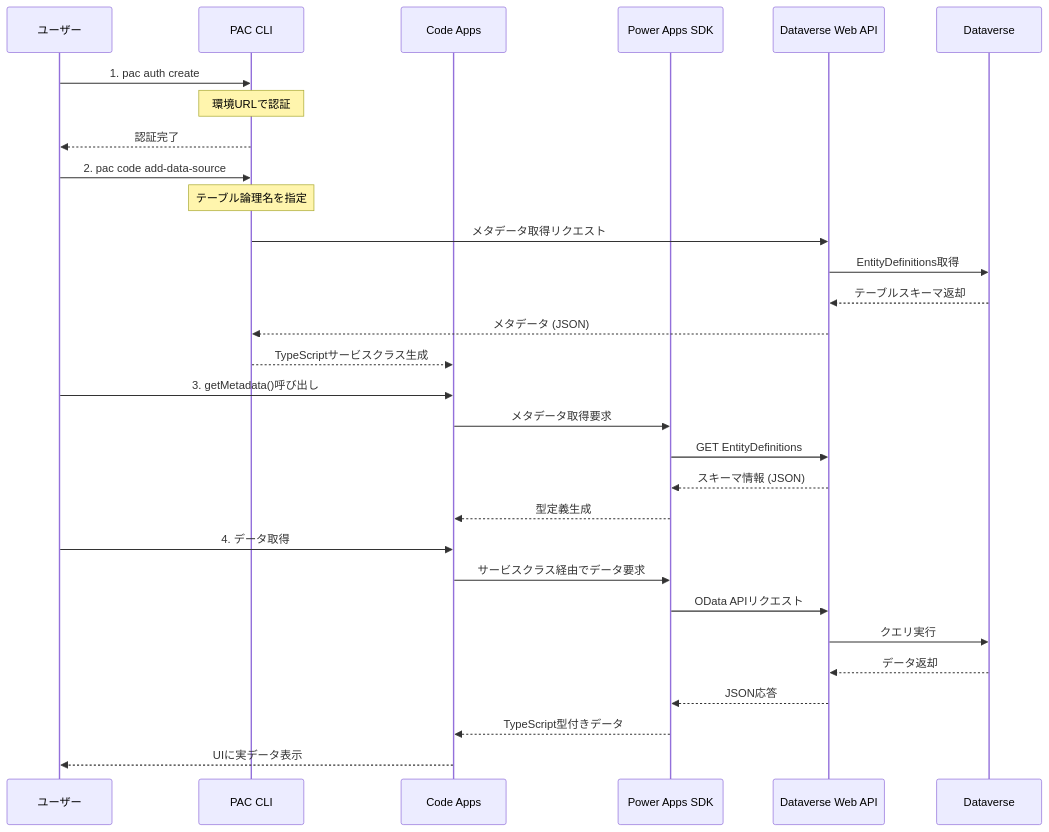
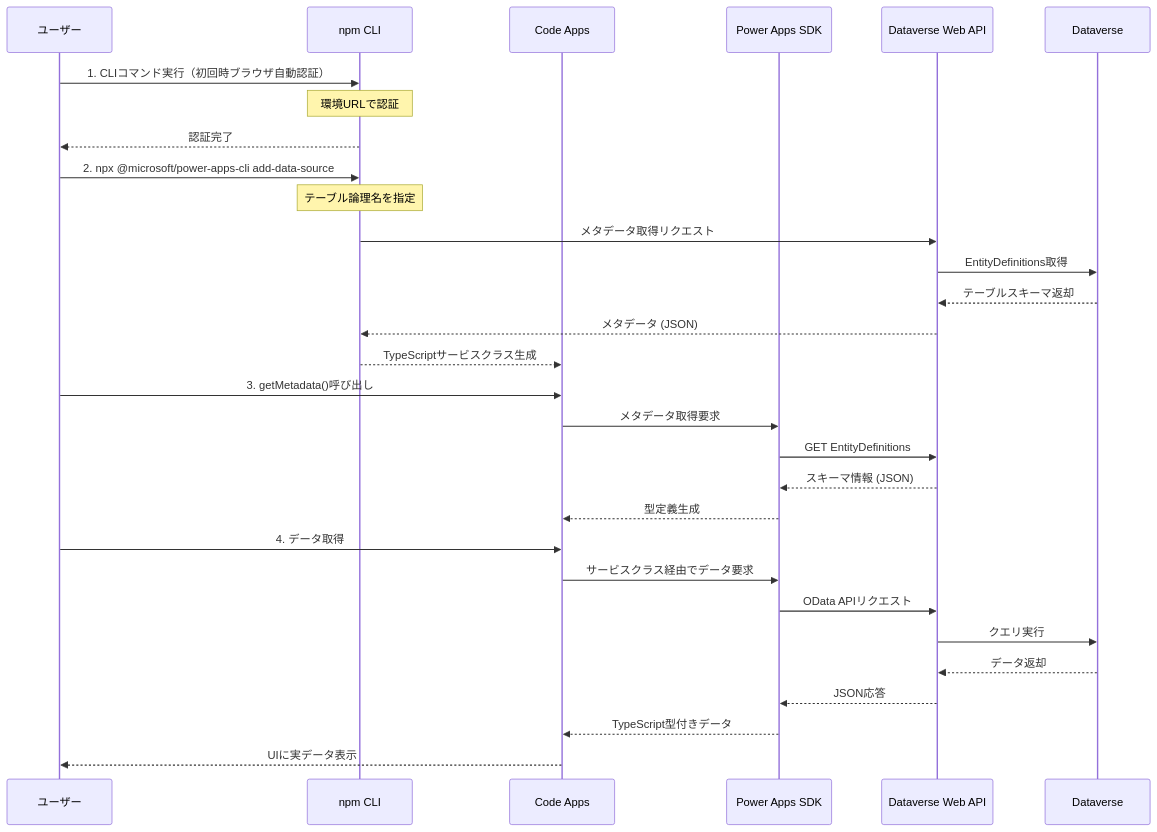
The second of 6 diagrams in PHASE3_DATA_INTEGRATION.md (PLUG365/DecisionFlow), drawn with Mermaid before and after one commit. The commit also changed other lines of this file and 12 other files, not shown here.

First line of the commit message:
docs: replace pac CLI with @microsoft/power-apps-cli npm package

````diff
--- a/PHASE3_DATA_INTEGRATION.md
+++ b/PHASE3_DATA_INTEGRATION.md
@@ -128,36 +128,36 @@
 ```mermaid
 sequenceDiagram
     participant User as ユーザー
-    participant CLI as PAC CLI
+    participant CLI as npm CLI
     participant App as Code Apps
     participant SDK as Power Apps SDK
     participant API as Dataverse Web API
     participant DV as Dataverse
     
-    User->>CLI: 1. pac auth create
+    User->>CLI: 1. CLIコマンド実行（初回時ブラウザ自動認証）
     Note over CLI: 環境URLで認証
     CLI-->>User: 認証完了
     
-    User->>CLI: 2. pac code add-data-source
+    User->>CLI: 2. npx @microsoft/power-apps-cli add-data-source
     Note over CLI: テーブル論理名を指定
     CLI->>API: メタデータ取得リクエスト
     API->>DV: EntityDefinitions取得
     DV-->>API: テーブルスキーマ返却
     API-->>CLI: メタデータ (JSON)
     CLI-->>App: TypeScriptサービスクラス生成
     
     User->>App: 3. getMetadata()呼び出し
     App->>SDK: メタデータ取得要求
     SDK->>API: GET EntityDefinitions
     API-->>SDK: スキーマ情報 (JSON)
     SDK-->>App: 型定義生成
     
     User->>App: 4. データ取得
     App->>SDK: サービスクラス経由でデータ要求
     SDK->>API: OData APIリクエスト
     API->>DV: クエリ実行
     DV-->>API: データ返却
     API-->>SDK: JSON応答
     SDK-->>App: TypeScript型付きデータ
     App-->>User: UIに実データ表示
 ```
````
